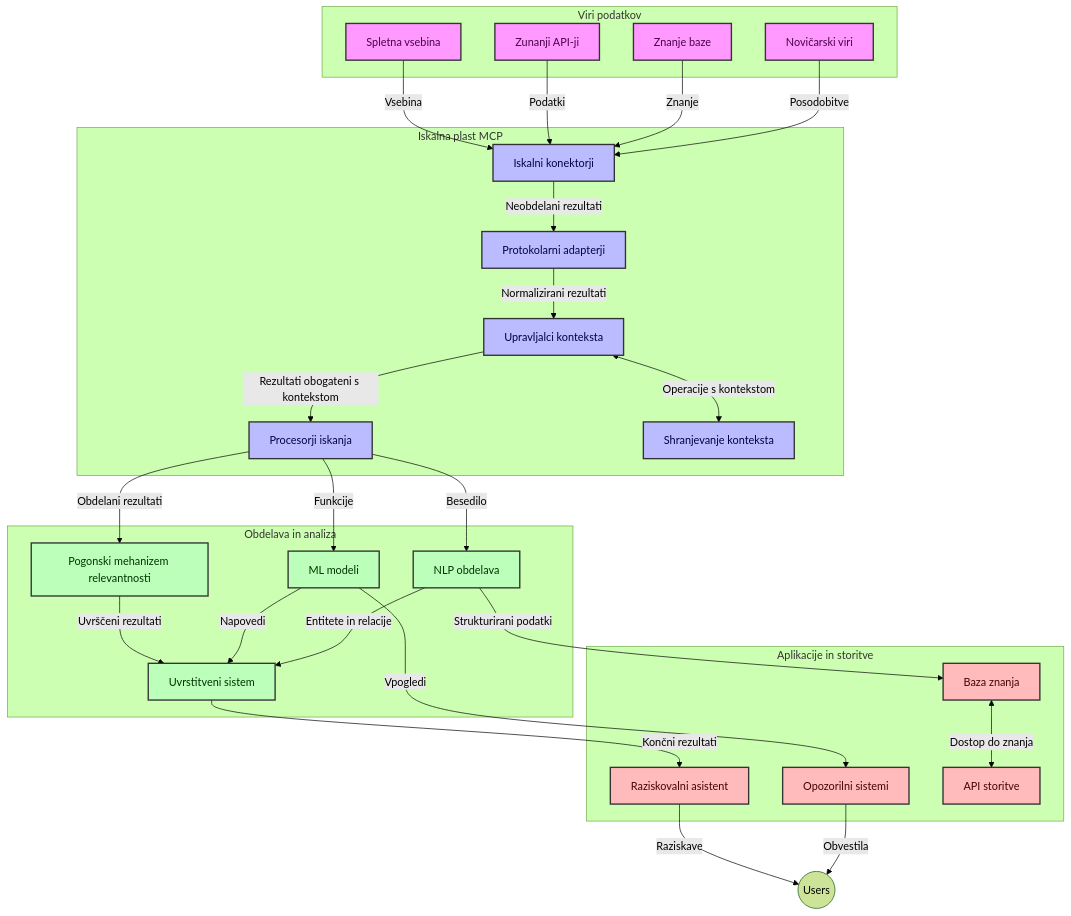
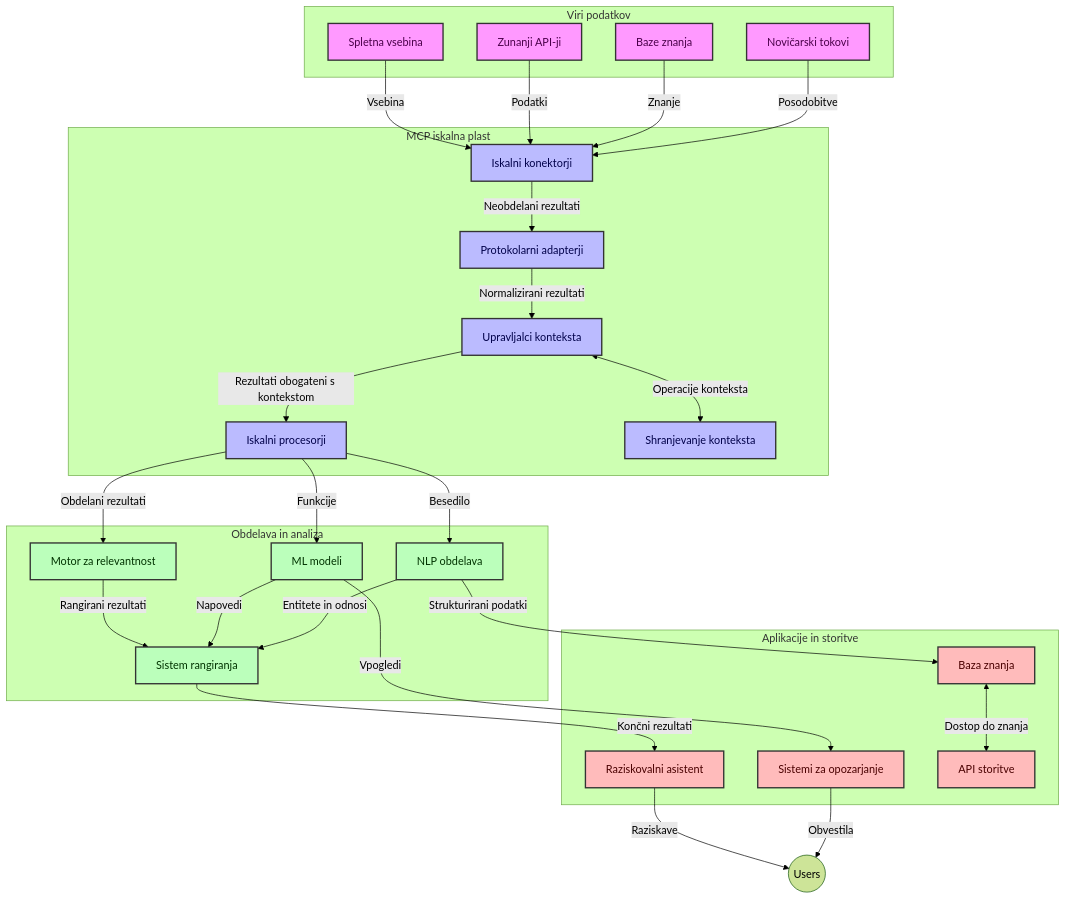
Before and after one commit to microsoft/mcp-for-beginners: the first of 4 diagrams in translations/sl/05-AdvancedTopics/mcp-realtimesearch/README.md, drawn with Mermaid (forest theme). The commit also changed other lines of this file and 154 other files, not shown here.

````diff
--- a/translations/sl/05-AdvancedTopics/mcp-realtimesearch/README.md
+++ b/translations/sl/05-AdvancedTopics/mcp-realtimesearch/README.md
@@ -109,66 +109,66 @@
 ```mermaid
 graph TD
     subgraph "Viri podatkov"
         Web[Spletna vsebina]
         APIs[Zunanji API-ji]
-        DB[Znanje baze]
-        News[Novičarski viri]
+        DB[Baze znanja]
+        News[Novičarski tokovi]
     end
 
-    subgraph "Iskalna plast MCP"
+    subgraph "MCP iskalna plast"
         SC[Iskalni konektorji]
         PA[Protokolarni adapterji]
         CH[Upravljalci konteksta]
-        SP[Procesorji iskanja]
+        SP[Iskalni procesorji]
         CS[Shranjevanje konteksta]
     end
 
     subgraph "Obdelava in analiza"
-        RE[Pogonski mehanizem relevantnosti]
+        RE[Motor za relevantnost]
         ML[ML modeli]
         NLP[NLP obdelava]
-        Rank[Uvrstitveni sistem]
+        Rank[Sistem rangiranja]
     end
 
     subgraph "Aplikacije in storitve"
         RA[Raziskovalni asistent]
-        Alerts[Opozorilni sistemi]
+        Alerts[Sistemi za opozarjanje]
         KB[Baza znanja]
         API[API storitve]
     end
 
     Web -->|Vsebina| SC
     APIs -->|Podatki| SC
     DB -->|Znanje| SC
     News -->|Posodobitve| SC
     
     SC -->|Neobdelani rezultati| PA
     PA -->|Normalizirani rezultati| CH
-    CH <-->|Operacije s kontekstom| CS
+    CH <-->|Operacije konteksta| CS
     CH -->|Rezultati obogateni s kontekstom| SP
     SP -->|Obdelani rezultati| RE
     SP -->|Funkcije| ML
     SP -->|Besedilo| NLP
     
-    RE -->|Uvrščeni rezultati| Rank
+    RE -->|Rangirani rezultati| Rank
     ML -->|Napovedi| Rank
-    NLP -->|Entitete in relacije| Rank
+    NLP -->|Entitete in odnosi| Rank
     
     Rank -->|Končni rezultati| RA
     ML -->|Vpogledi| Alerts
     NLP -->|Strukturirani podatki| KB
     
     RA -->|Raziskave| Users((Users))
     Alerts -->|Obvestila| Users
     KB <-->|Dostop do znanja| API
 
     classDef sources fill:#f9f,stroke:#333,stroke-width:2px,color:#4a004a
     classDef mcp fill:#bbf,stroke:#333,stroke-width:2px,color:#00004a
     classDef processing fill:#bfb,stroke:#333,stroke-width:2px,color:#003300
     classDef apps fill:#fbb,stroke:#333,stroke-width:2px,color:#4a0000
     
     class Web,APIs,DB,News sources
     class SC,PA,CH,SP,CS mcp
     class RE,ML,NLP,Rank processing
     class RA,Alerts,KB,API apps
 ```
````
